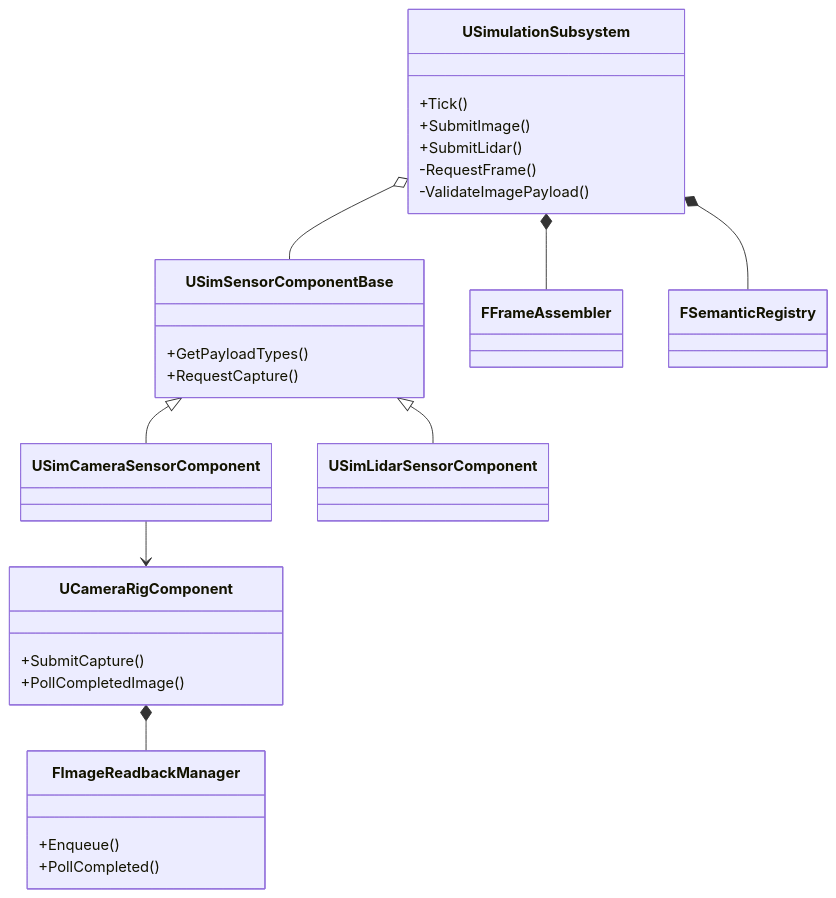
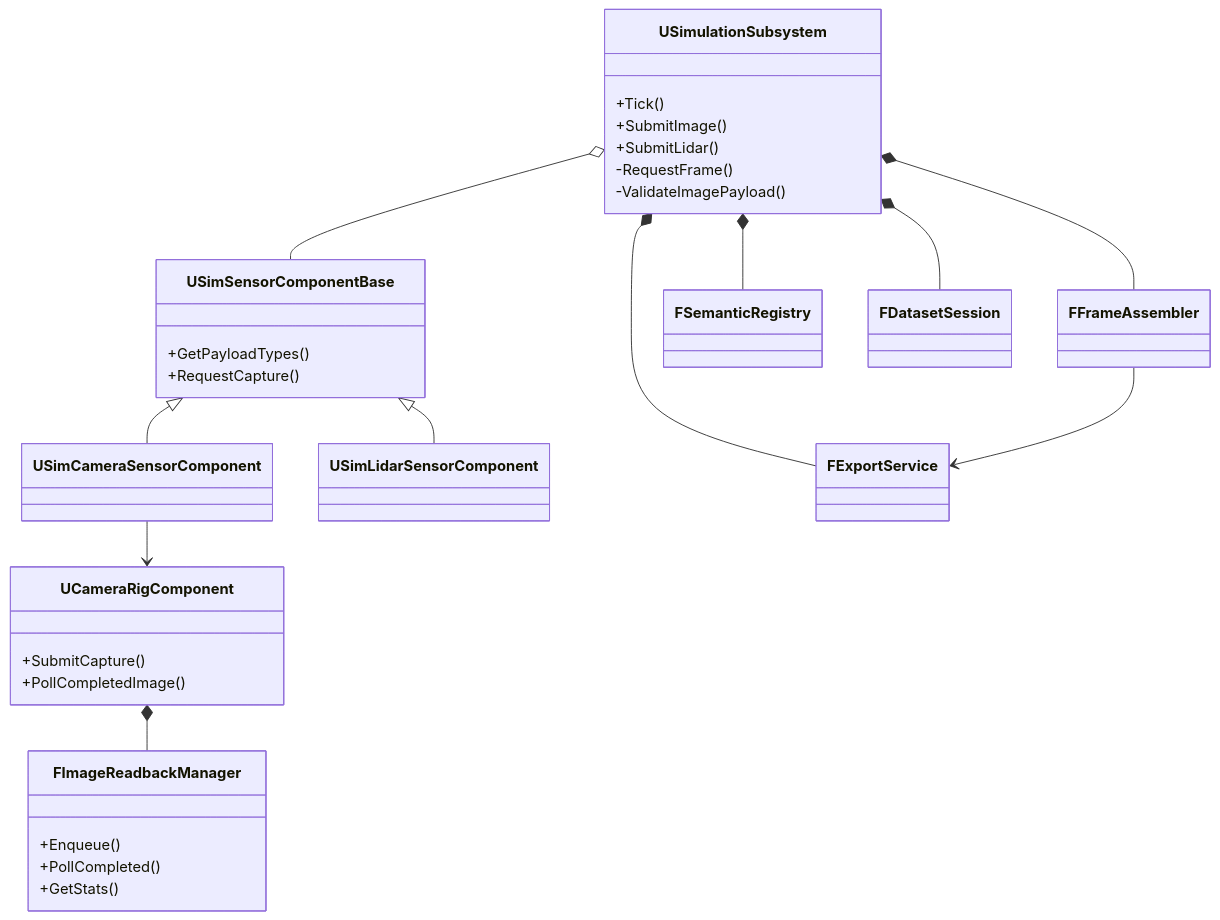
Before and after one commit to IceGodles/SensorSimulation: the eighth of 9 diagrams in Plugins/SensorSimulation/Docs/CurrentArchitecture.md, drawn with Mermaid. The commit also changed other lines of this file and 71 other files, not shown here.

````diff
--- a/Plugins/SensorSimulation/Docs/CurrentArchitecture.md
+++ b/Plugins/SensorSimulation/Docs/CurrentArchitecture.md
@@ -506,34 +775,40 @@
 ```mermaid
 classDiagram
     class USimulationSubsystem {
         +Tick()
         +SubmitImage()
         +SubmitLidar()
         -RequestFrame()
         -ValidateImagePayload()
     }
     class USimSensorComponentBase {
         +GetPayloadTypes()
         +RequestCapture()
     }
     class USimCameraSensorComponent
     class USimLidarSensorComponent
     class UCameraRigComponent {
         +SubmitCapture()
         +PollCompletedImage()
     }
     class FImageReadbackManager {
         +Enqueue()
         +PollCompleted()
+        +GetStats()
     }
     class FFrameAssembler
     class FSemanticRegistry
+    class FExportService
+    class FDatasetSession
 
     USimSensorComponentBase <|-- USimCameraSensorComponent
     USimSensorComponentBase <|-- USimLidarSensorComponent
     USimulationSubsystem o-- USimSensorComponentBase
     USimulationSubsystem *-- FFrameAssembler
     USimulationSubsystem *-- FSemanticRegistry
+    USimulationSubsystem *-- FExportService
+    USimulationSubsystem *-- FDatasetSession
     USimCameraSensorComponent --> UCameraRigComponent
     UCameraRigComponent *-- FImageReadbackManager
+    FFrameAssembler --> FExportService
 ```
````
